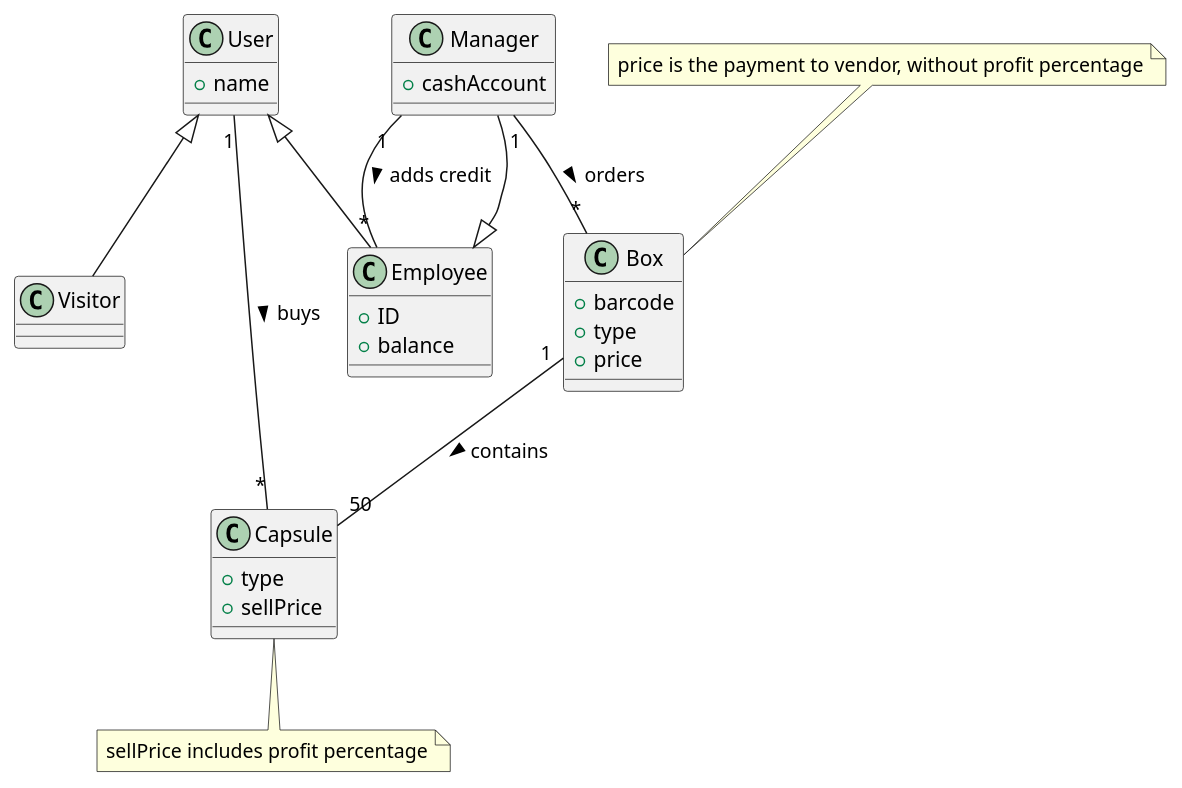
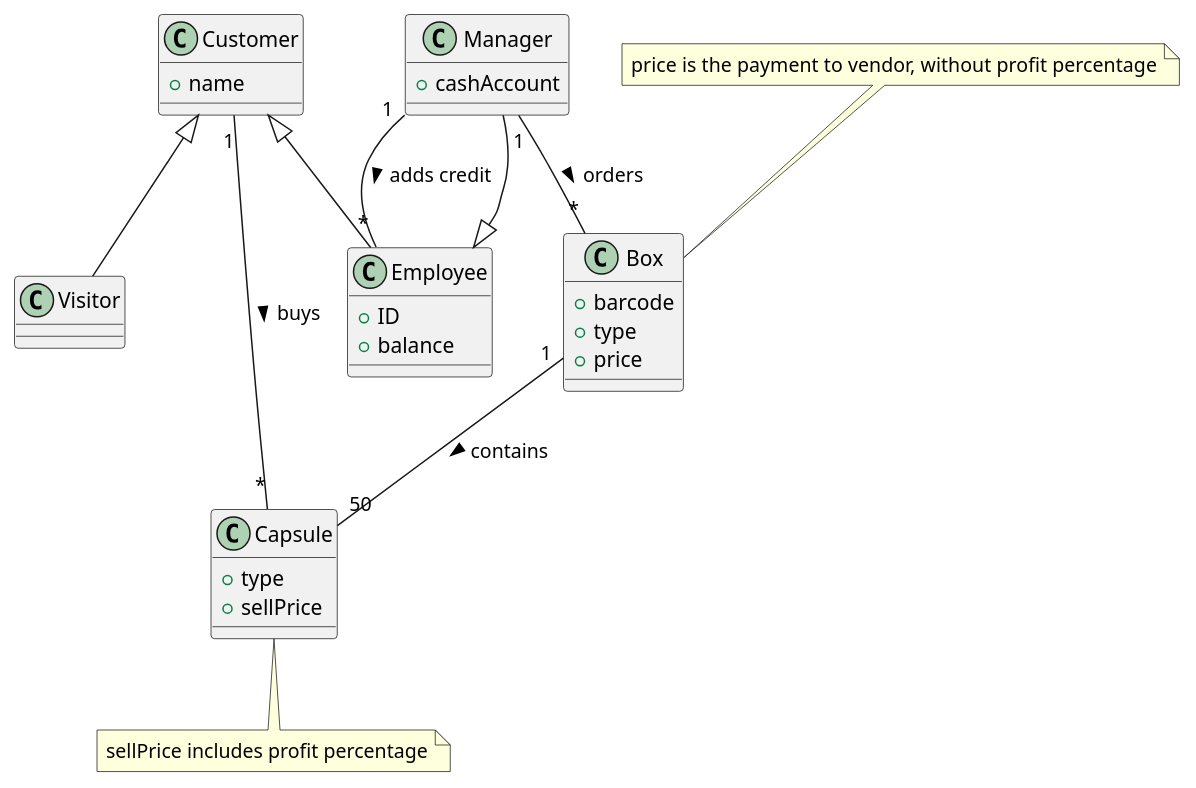
The third of 4 diagrams in requirements.md (eloparco/LaTazza), drawn with PlantUML before and after one commit.

Commit message:
change user class to customer in glossary

````diff
--- a/requirements.md
+++ b/requirements.md
@@ -259,37 +259,37 @@
 ```plantuml
 class Manager {
 	+cashAccount
 }
 class Box {
 	+barcode
 	+type
 	+price
 }
 class Capsule {
 	+type
 	+sellPrice
 }
-class User {
+class Customer {
 	+name
 }
 class Visitor {
 
 }
 class Employee {
 	+ID
 	+balance
 }
 
-User <|-- Employee
-User <|-- Visitor
+Customer <|-- Employee
+Customer <|-- Visitor
 Employee <|-- Manager
 Manager "1" -- "*" Box : orders >
 Box "1" -- "50" Capsule : contains > 
-User "1" -- "*" Capsule : buys >
+Customer "1" -- "*" Capsule : buys >
 Manager "1" -- "*" Employee : adds credit >
 
 note "sellPrice includes profit percentage" as N1
 note "price is the payment to vendor, without profit percentage" as N2
 Capsule .. N1
 N2 .. Box
 ```
````
